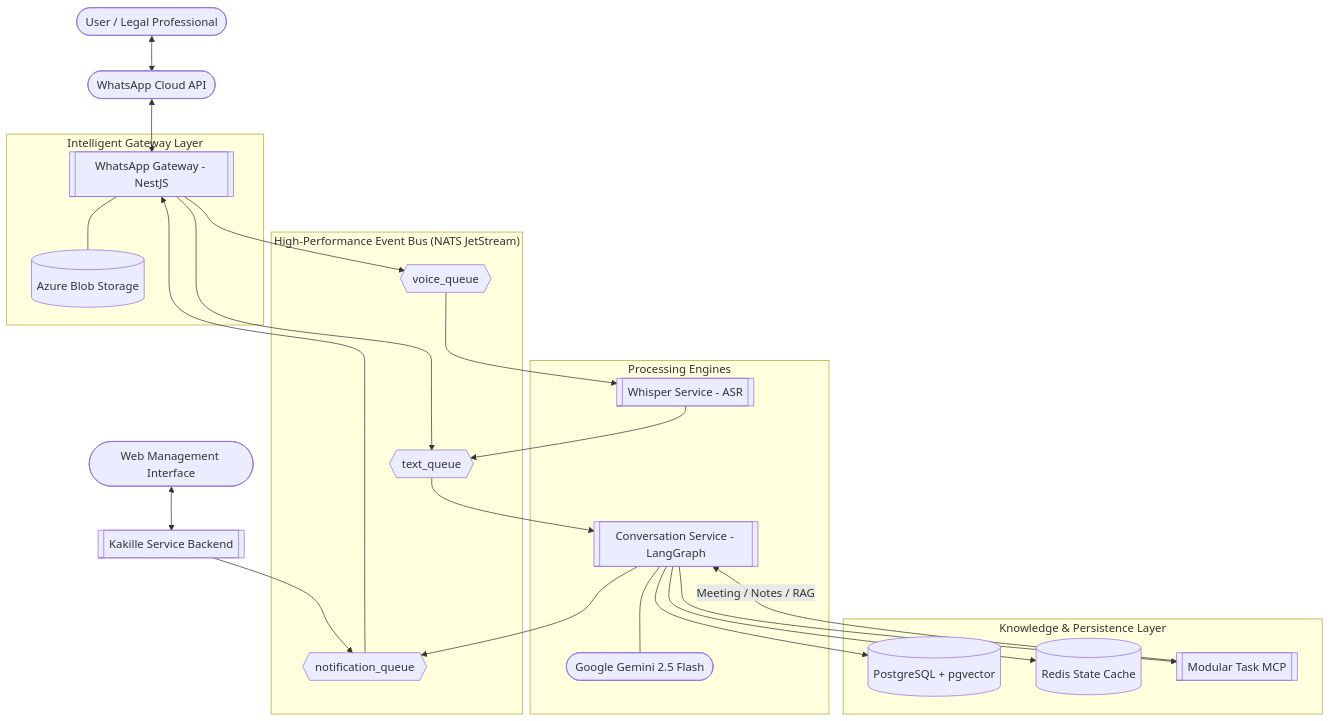
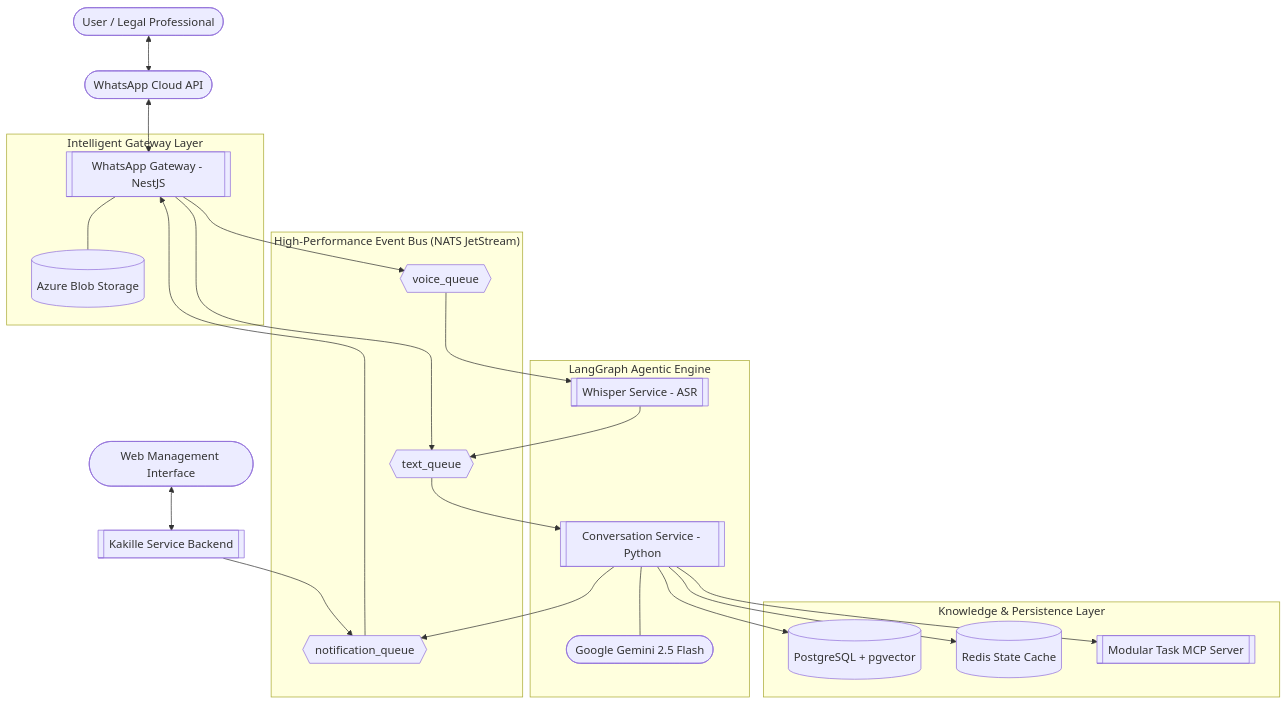
The first of 3 diagrams in docs/architecture.md (NayanthaNethsara/thekade-legalaid), drawn with Mermaid before and after one commit. The commit also changed other lines of this file, not shown here.

Commit message:
docs: Add a detailed LangGraph node architecture diagram and refine service names and flow descriptions.

````diff
--- a/docs/architecture.md
+++ b/docs/architecture.md
@@ -13,55 +13,53 @@
 ```mermaid
 graph TD
     %% Users and Interfaces
     User([User / Legal Professional]) <--> WhatsApp([WhatsApp Cloud API])
     WebClient([Web Management Interface]) <--> KakilleService[[Kakille Service Backend]]
     
     %% Communication Layer
     subgraph "Intelligent Gateway Layer"
         Gateway[[WhatsApp Gateway - NestJS]]
         BlobStorage[(Azure Blob Storage)]
         Gateway --- BlobStorage
     end
 
     %% Message Broker
     subgraph "High-Performance Event Bus (NATS JetStream)"
         VoiceQueue{{voice_queue}}
         TextQueue{{text_queue}}
         NotifyQueue{{notification_queue}}
     end
 
     %% Logic & Processing Layer
-    subgraph "Processing Engines"
+    subgraph "LangGraph Agentic Engine"
         Whisper[[Whisper Service - ASR]]
-        ConvService[[Conversation Service - LangGraph]]
+        ConvService[[Conversation Service - Python]]
         Gemini([Google Gemini 2.5 Flash])
         ConvService --- Gemini
     end
 
     %% Database & Tools
     subgraph "Knowledge & Persistence Layer"
         VectorDB[(PostgreSQL + pgvector)]
         Redis[(Redis State Cache)]
-        MCPServer[[Modular Task MCP]]
+        MCPServer[[Modular Task MCP Server]]
     end
 
     %% Connections
     WhatsApp <--> Gateway
     Gateway --> VoiceQueue
     Gateway --> TextQueue
     
     KakilleService --> NotifyQueue
     
     VoiceQueue --> Whisper
     Whisper --> TextQueue
     
     TextQueue --> ConvService
     ConvService --> NotifyQueue
     NotifyQueue --> Gateway
     
     ConvService --> MCPServer
     ConvService --> VectorDB
     ConvService --> Redis
-    
-    MCPServer -- "Meeting / Notes / RAG" --> ConvService
 ```
````
